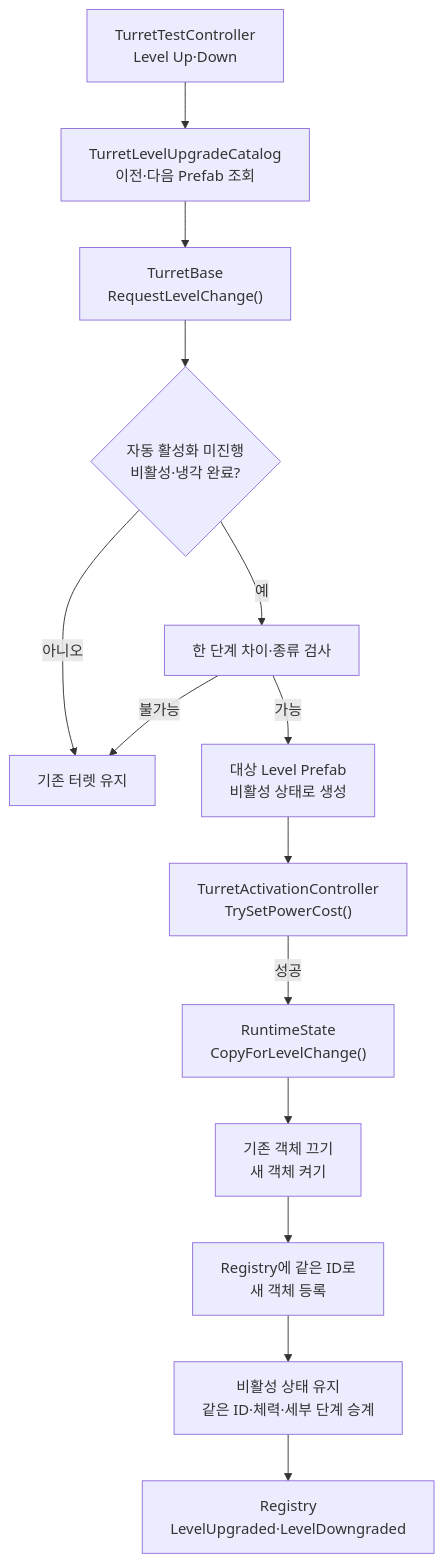
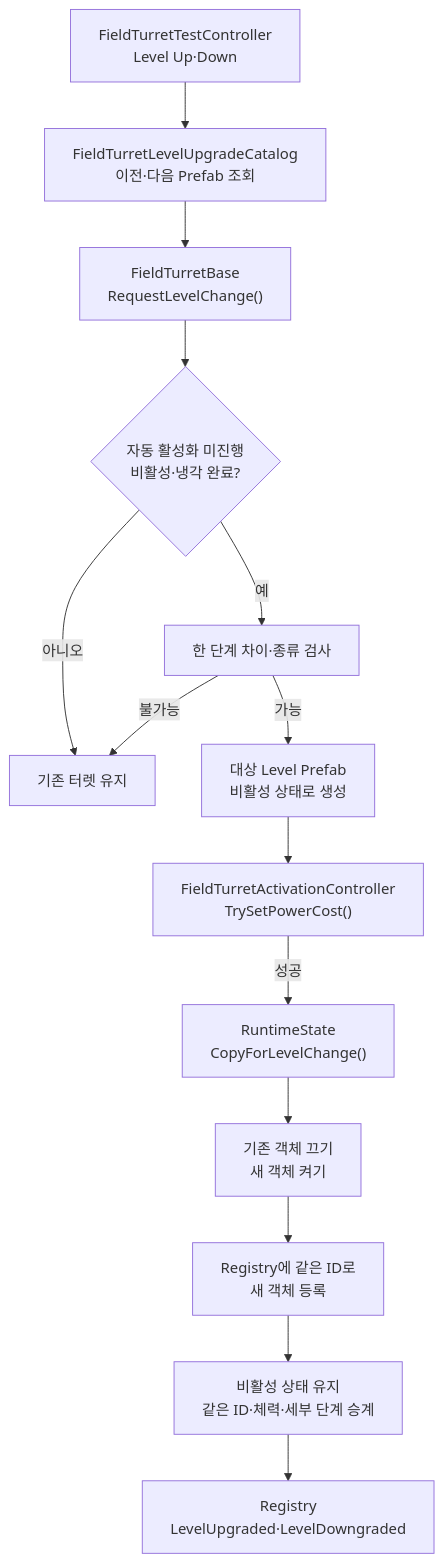
Diagram 13 of 17 in Docs/architecture/turret-system-guide.md (Team-HJD-21/unity-6-the-developer), drawn with Mermaid before and after one commit. The commit also changed other lines of this file and 12 other files, not shown here.

Commit message:
docs(field-turret): update names and migration guide

````diff
--- a/Docs/architecture/turret-system-guide.md
+++ b/Docs/architecture/turret-system-guide.md
@@ -582,16 +584,16 @@
 ```mermaid
 flowchart TD
-    UI["TurretTestController<br>Level Up·Down"] --> Catalog["TurretLevelUpgradeCatalog<br>이전·다음 Prefab 조회"]
-    Catalog --> Base["TurretBase<br>RequestLevelChange()"]
+    UI["FieldTurretTestController<br>Level Up·Down"] --> Catalog["FieldTurretLevelUpgradeCatalog<br>이전·다음 Prefab 조회"]
+    Catalog --> Base["FieldTurretBase<br>RequestLevelChange()"]
     Base --> Gate{"자동 활성화 미진행<br>비활성·냉각 완료?"}
     Gate -->|아니오| Reject["기존 터렛 유지"]
     Gate -->|예| Validate["한 단계 차이·종류 검사"]
     Validate -->|가능| Create["대상 Level Prefab<br>비활성 상태로 생성"]
     Validate -->|불가능| Reject["기존 터렛 유지"]
-    Create --> Power["TurretActivationController<br>TrySetPowerCost()"]
+    Create --> Power["FieldTurretActivationController<br>TrySetPowerCost()"]
     Power -->|성공| Copy["RuntimeState<br>CopyForLevelChange()"]
     Copy --> Swap["기존 객체 끄기<br>새 객체 켜기"]
     Swap --> Registry["Registry에 같은 ID로<br>새 객체 등록"]
     Registry --> Active["비활성 상태 유지<br>같은 ID·체력·세부 단계 승계"]
     Active --> Event["Registry<br>LevelUpgraded·LevelDowngraded"]
 ```
````
